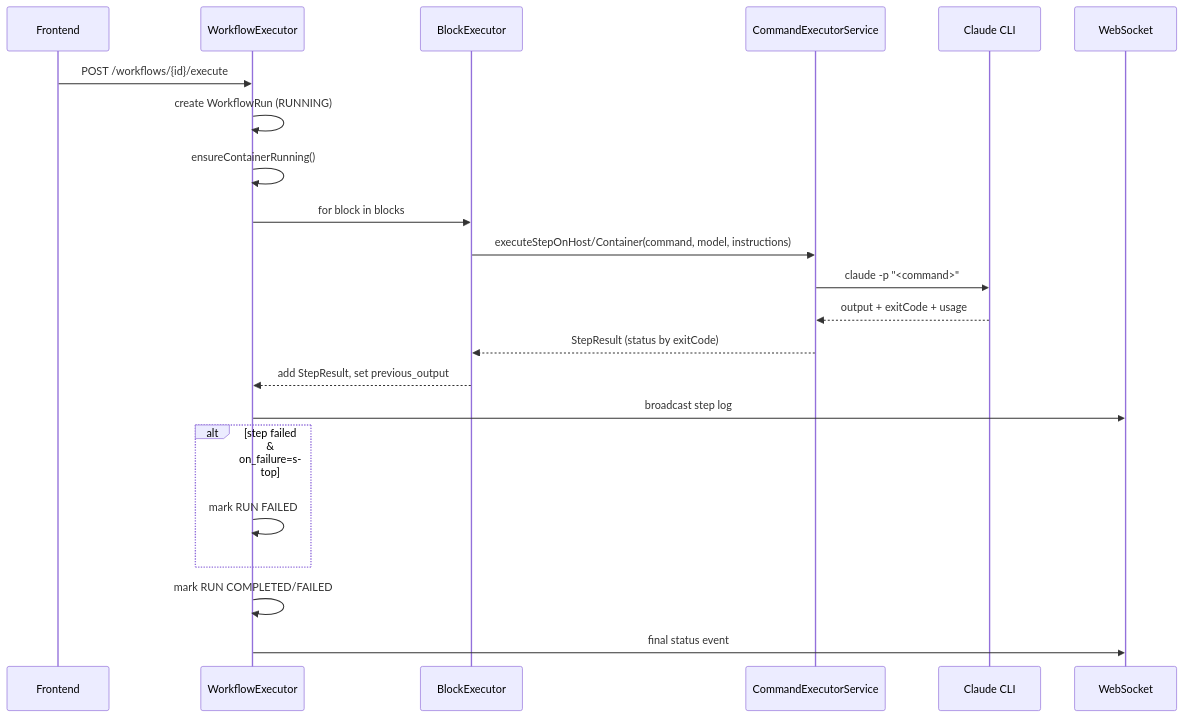
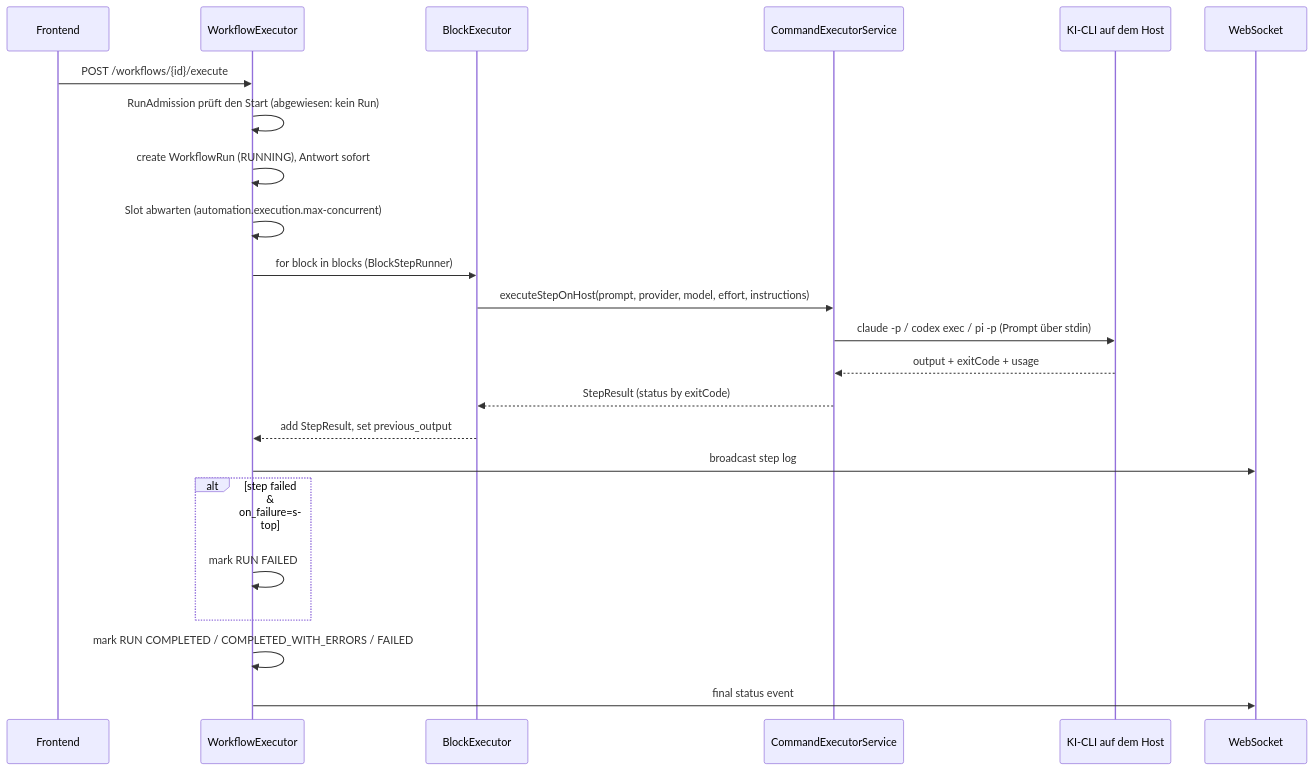
Before and after one commit to FLSEST/MySuricates: the second of 5 diagrams in docs/workflow-engine-diagrams.md, drawn with Mermaid. The commit also changed other lines of this file and 4 other files, not shown here.

First line of the commit message:
docs(diagramme): Engine page shows provider routing, host execution and the current block matrix

````diff
--- a/docs/workflow-engine-diagrams.md
+++ b/docs/workflow-engine-diagrams.md
@@ -49,25 +51,26 @@
 ```mermaid
 sequenceDiagram
     participant UI as Frontend
     participant WE as WorkflowExecutor
     participant BE as BlockExecutor
     participant CES as CommandExecutorService
-    participant CLI as Claude CLI
+    participant CLI as KI-CLI auf dem Host
     participant WS as WebSocket
 
     UI->>WE: POST /workflows/{id}/execute
-    WE->>WE: create WorkflowRun (RUNNING)
-    WE->>WE: ensureContainerRunning()
-    WE->>BE: for block in blocks
-    BE->>CES: executeStepOnHost/Container(command, model, instructions)
-    CES->>CLI: claude -p "<command>"
+    WE->>WE: RunAdmission prüft den Start (abgewiesen: kein Run)
+    WE->>WE: create WorkflowRun (RUNNING), Antwort sofort
+    WE->>WE: Slot abwarten (automation.execution.max-concurrent)
+    WE->>BE: for block in blocks (BlockStepRunner)
+    BE->>CES: executeStepOnHost(prompt, provider, model, effort, instructions)
+    CES->>CLI: claude -p / codex exec / pi -p (Prompt über stdin)
     CLI-->>CES: output + exitCode + usage
     CES-->>BE: StepResult (status by exitCode)
     BE-->>WE: add StepResult, set previous_output
     WE->>WS: broadcast step log
     alt step failed & on_failure=stop
         WE->>WE: mark RUN FAILED
     end
-    WE->>WE: mark RUN COMPLETED/FAILED
+    WE->>WE: mark RUN COMPLETED / COMPLETED_WITH_ERRORS / FAILED
     WE->>WS: final status event
 ```
````
